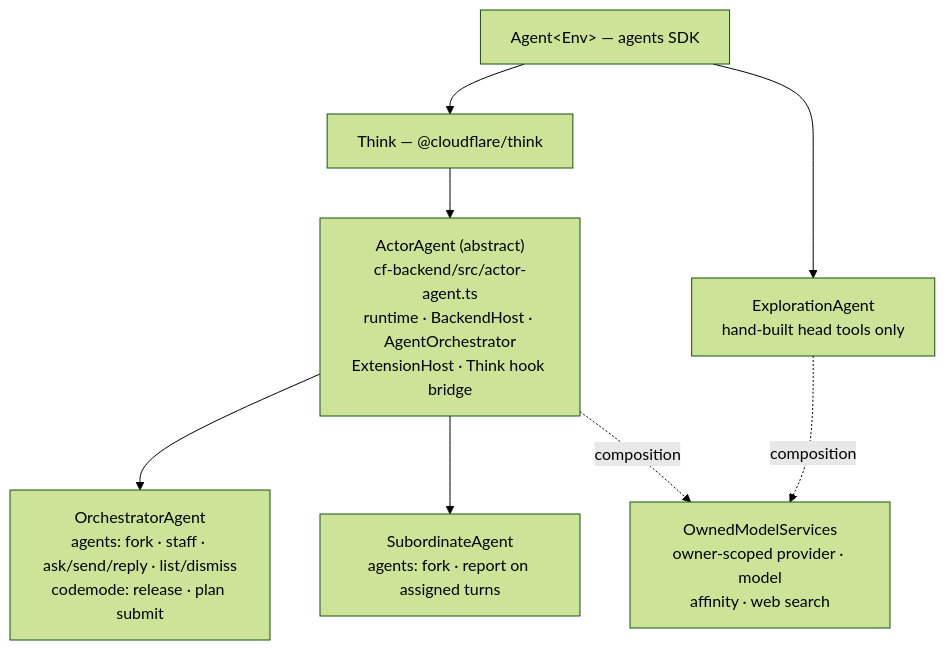
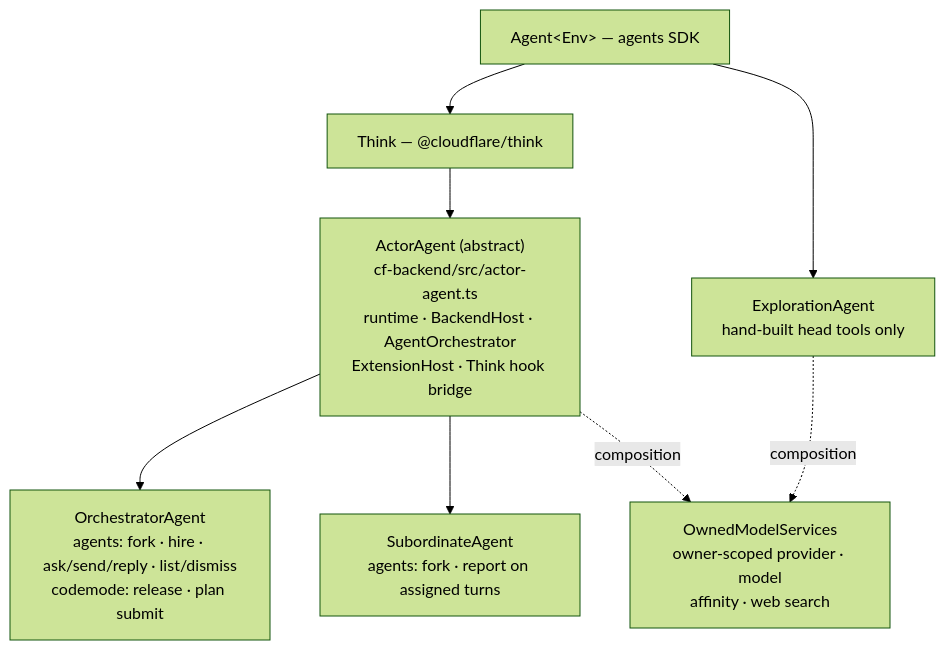
The second of 5 diagrams in docs/ARCHITECTURE.md (AshishKumar4/kinu), drawn with Mermaid (forest theme) before and after one commit. The commit also changed other lines of this file and 980 other files, not shown here.

````diff
--- a/docs/ARCHITECTURE.md
+++ b/docs/ARCHITECTURE.md
@@ -62,17 +62,17 @@
 ```mermaid
 graph TB
     A["Agent&lt;Env&gt; — agents SDK"]
     T["Think — @cloudflare/think"]
     AA["ActorAgent (abstract)<br/>cf-backend/src/actor-agent.ts<br/>runtime · BackendHost · AgentOrchestrator<br/>ExtensionHost · Think hook bridge"]
-    O["OrchestratorAgent<br/>agents: fork · staff · ask/send/reply · list/dismiss<br/>codemode: release · plan submit"]
+    O["OrchestratorAgent<br/>agents: fork · hire · ask/send/reply · list/dismiss<br/>codemode: release · plan submit"]
     S["SubordinateAgent<br/>agents: fork · report on assigned turns"]
     E["ExplorationAgent<br/>hand-built head tools only"]
     OMS["OwnedModelServices<br/>owner-scoped provider · model<br/>affinity · web search"]
 
     A --> T --> AA
     AA --> O
     AA --> S
     A --> E
     AA -.->|composition| OMS
     E -.->|composition| OMS
 ```
````
